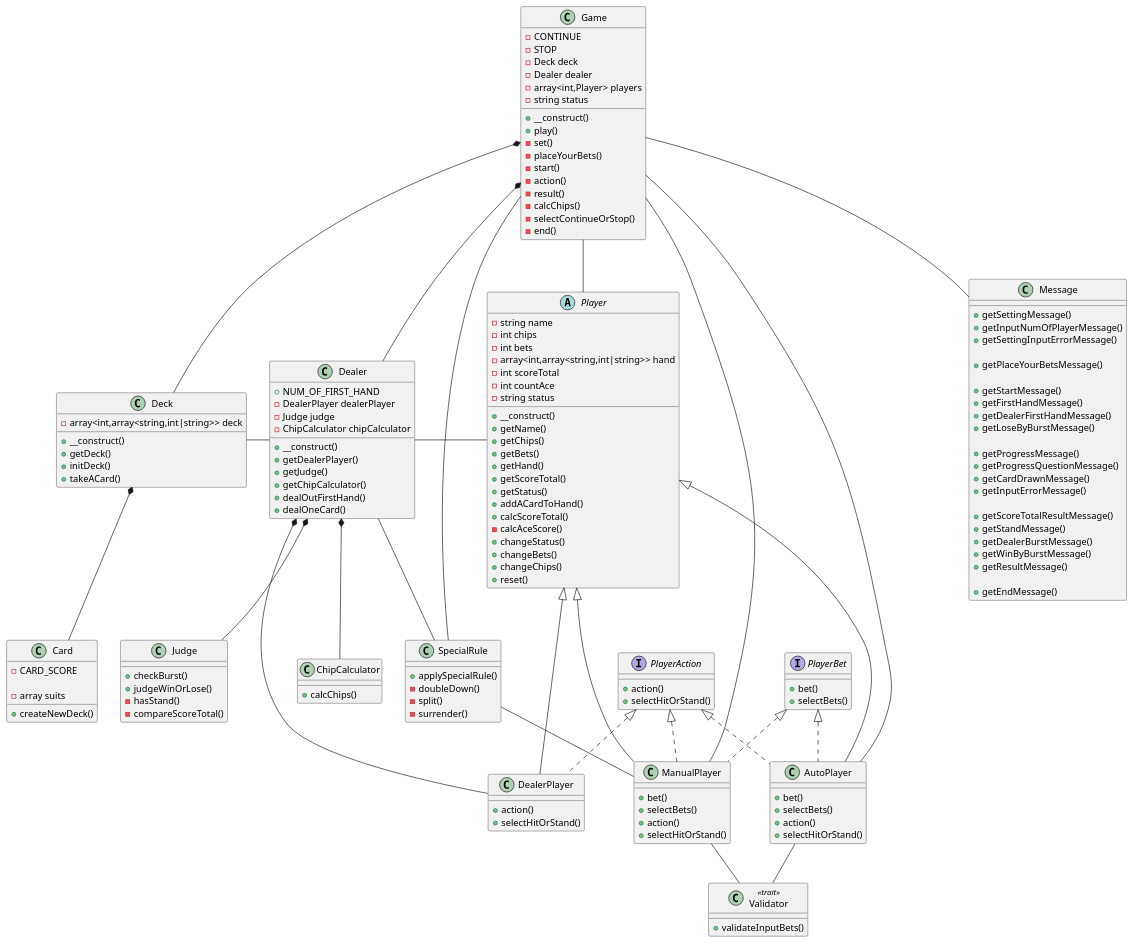
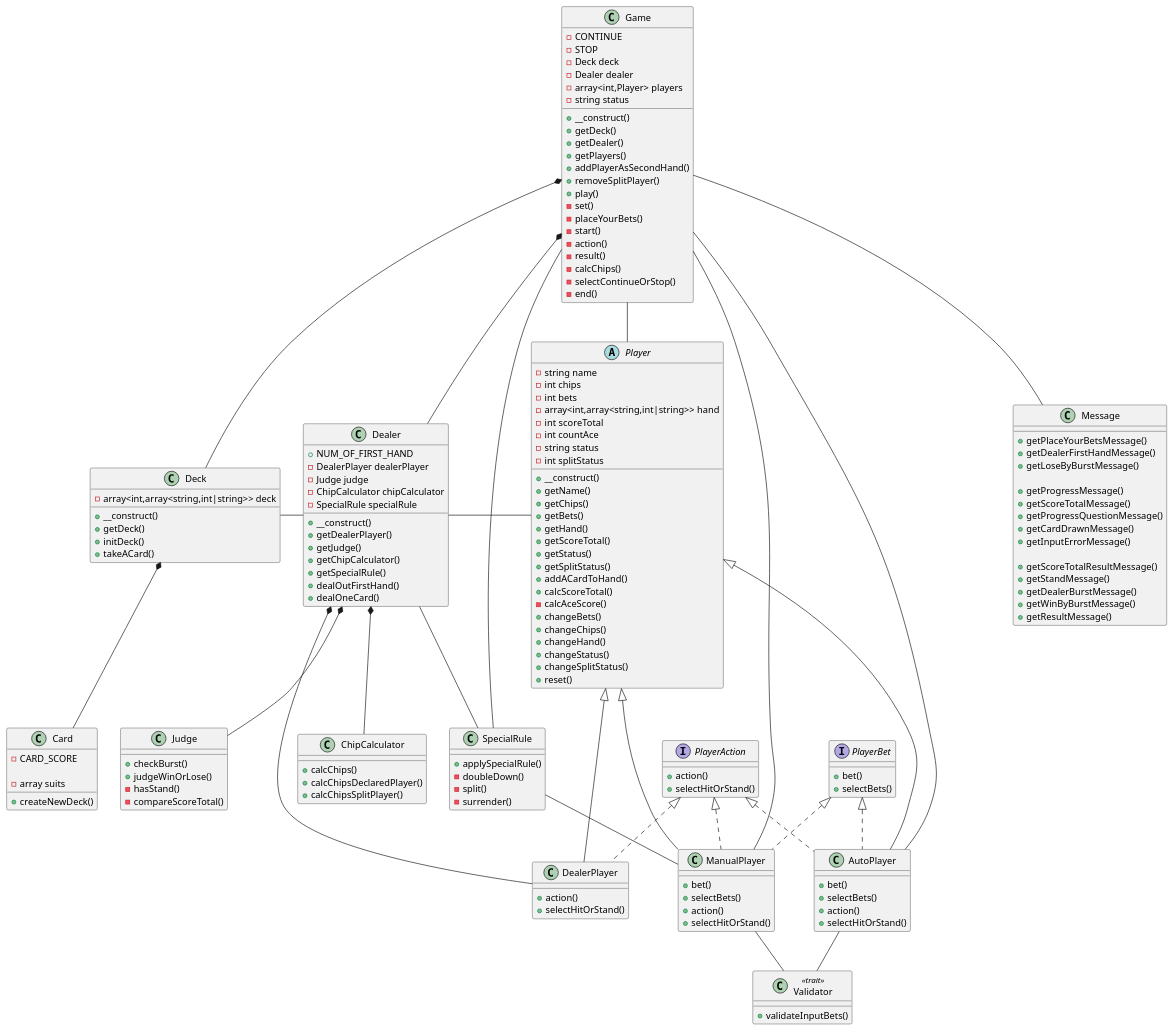
One commit to ryamate/php-oop-cli-blackjack changed the diagram in docs/class.plantuml. Above: the diagram before and after it, drawn with PlantUML. The commit also changed 7 other files, not shown here.

```diff
--- a/docs/class.plantuml
+++ b/docs/class.plantuml
@@ -1,182 +1,187 @@
 @startuml Blackjack
 
 class Game {
   -CONTINUE
   -STOP
   -Deck deck
   -Dealer dealer
   -array<int,Player> players
   -string status
 
   +__construct()
+  +getDeck()
+  +getDealer()
+  +getPlayers()
+  +addPlayerAsSecondHand()
+  +removeSplitPlayer()
   +play()
   -set()
   -placeYourBets()
   -start()
   -action()
   -result()
   -calcChips()
   -selectContinueOrStop()
   -end()
 }
 
 class Deck {
   -array<int,array<string,int|string>> deck
 
   +__construct()
   +getDeck()
   +initDeck()
   +takeACard()
 }
 
 class Card {
   -CARD_SCORE
 
   -array suits
   +createNewDeck()
 }
 
 class Dealer {
   +NUM_OF_FIRST_HAND
   -DealerPlayer dealerPlayer
   -Judge judge
   -ChipCalculator chipCalculator
+  -SpecialRule specialRule
 
   +__construct()
   +getDealerPlayer()
   +getJudge()
   +getChipCalculator()
+  +getSpecialRule()
   +dealOutFirstHand()
   +dealOneCard()
 }
 
 class Judge {
   +checkBurst()
   +judgeWinOrLose()
   -hasStand()
   -compareScoreTotal()
 }
 
 class ChipCalculator {
   +calcChips()
+  +calcChipsDeclaredPlayer()
+  +calcChipsSplitPlayer()
 }
 
 class SpecialRule {
   +applySpecialRule()
   -doubleDown()
   -split()
   -surrender()
 
 }
 
 abstract Player {
   -string name
   -int chips
   -int bets
   -array<int,array<string,int|string>> hand
   -int scoreTotal
   -int countAce
   -string status
+  -int splitStatus
 
   +__construct()
   +getName()
   +getChips()
   +getBets()
   +getHand()
   +getScoreTotal()
   +getStatus()
+  +getSplitStatus()
   +addACardToHand()
   +calcScoreTotal()
   -calcAceScore()
-  +changeStatus()
   +changeBets()
   +changeChips()
+  +changeHand()
+  +changeStatus()
+  +changeSplitStatus()
   +reset()
 }
 
 interface PlayerAction {
   +action()
   +selectHitOrStand()
 }
 
 interface PlayerBet {
   +bet()
   +selectBets()
 }
 
 class DealerPlayer {
   +action()
   +selectHitOrStand()
 }
 
 class ManualPlayer {
   +bet()
   +selectBets()
   +action()
   +selectHitOrStand()
 }
 
 class AutoPlayer {
   +bet()
   +selectBets()
   +action()
   +selectHitOrStand()
 }
 
 class Validator <<trait>> {
   +validateInputBets()
 }
 
 class Message {
-  +getSettingMessage()
-  +getInputNumOfPlayerMessage()
-  +getSettingInputErrorMessage()
-
   +getPlaceYourBetsMessage()
-
-  +getStartMessage()
-  +getFirstHandMessage()
   +getDealerFirstHandMessage()
   +getLoseByBurstMessage()
 
   +getProgressMessage()
+  +getScoreTotalMessage()
   +getProgressQuestionMessage()
   +getCardDrawnMessage()
   +getInputErrorMessage()
 
   +getScoreTotalResultMessage()
   +getStandMessage()
   +getDealerBurstMessage()
   +getWinByBurstMessage()
   +getResultMessage()
-
-  +getEndMessage()
 }
 
 Game *-- Deck
 Deck *-- Card
 Game *-- Dealer
 Deck - Dealer
 Dealer - Player
 Dealer *-- Judge
 Dealer *-- ChipCalculator
 Dealer -- SpecialRule
 Game -- SpecialRule
 SpecialRule -- ManualPlayer
 Dealer *-- DealerPlayer
 Game -- Player
 Game --- ManualPlayer
 Game --- AutoPlayer
 Player <|--- DealerPlayer
 Player <|--- ManualPlayer
 Player <|--- AutoPlayer
 PlayerAction <|.. DealerPlayer
 PlayerAction <|.. ManualPlayer
 PlayerAction <|.. AutoPlayer
 PlayerBet <|.. ManualPlayer
 PlayerBet <|.. AutoPlayer
 ManualPlayer -- Validator
 AutoPlayer -- Validator
 Game -- Message
 
 @enduml
```
